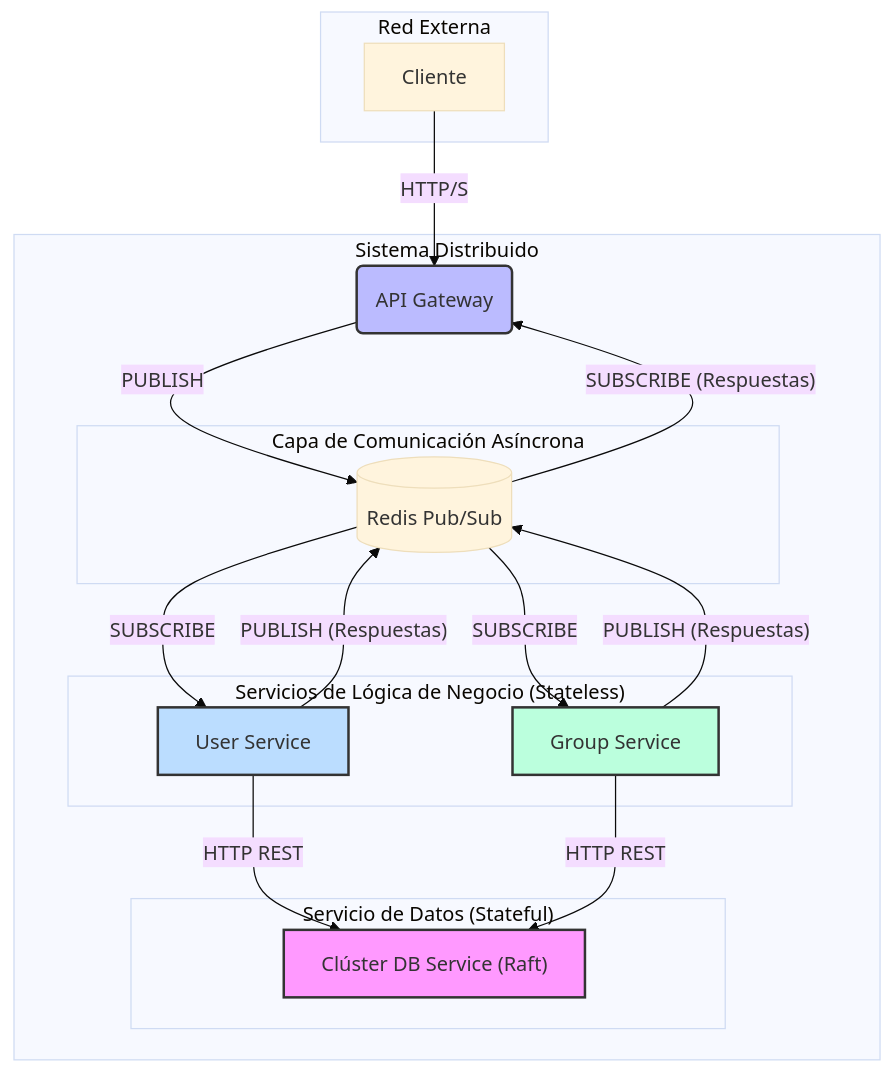
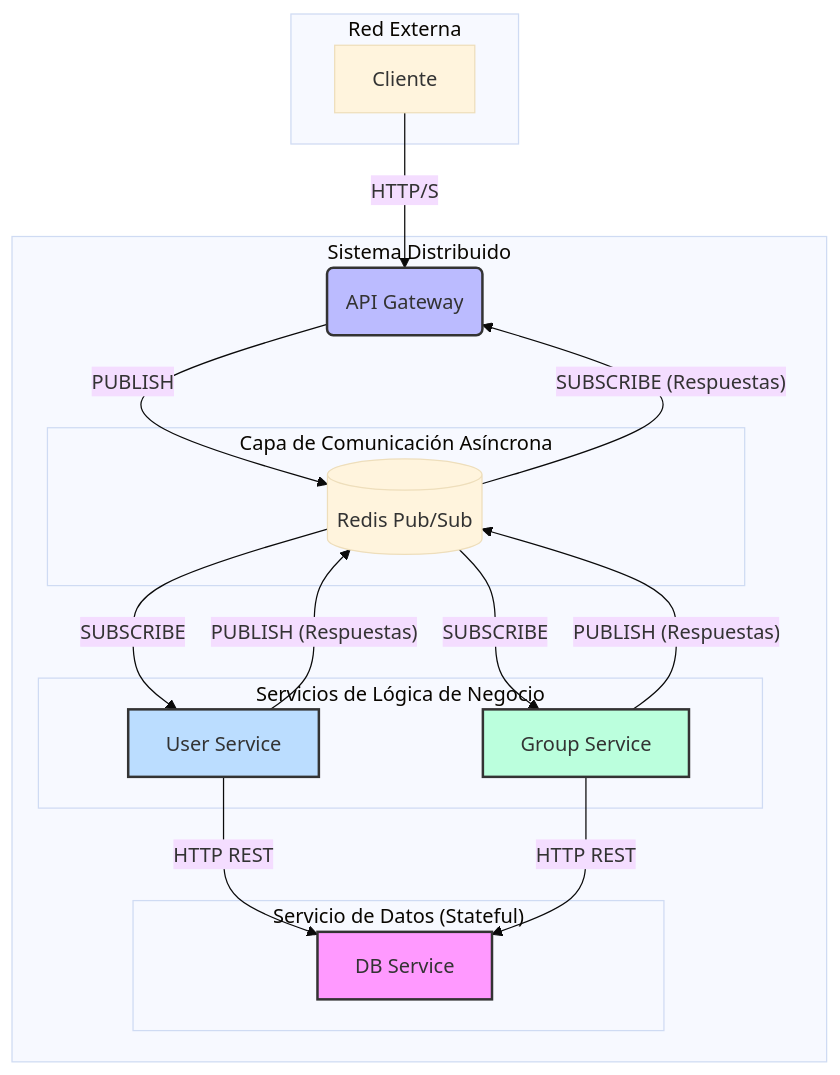
The diagram in Documents/Informe/imagenes/arquitectura.mmd (gaboCiber/Agenda_Distribuida), drawn with Mermaid before and after one commit. The commit also changed 3 other files, not shown here.

```diff
--- a/Documents/Informe/imagenes/arquitectura.mmd
+++ b/Documents/Informe/imagenes/arquitectura.mmd
@@ -1,40 +1,40 @@
 %%{init: {'theme': 'base', 'themeVariables': { 'background': '#f5f5f5' }}}%%
 graph TD
     subgraph "Red Externa"
         Client[Cliente]
     end
 
     subgraph "Sistema Distribuido"
         API_GW("API Gateway")
         
-        subgraph "Servicios de Lógica de Negocio (Stateless)"
+        subgraph "Servicios de Lógica de Negocio"
             US[User Service]
             GS[Group Service]
         end
         
         subgraph "Servicio de Datos (Stateful)"
-            DB_Cluster["Clúster DB Service (Raft)"]
+            DB_Cluster["DB Service"]
         end
 
         subgraph "Capa de Comunicación Asíncrona"
             Redis[(Redis Pub/Sub)]
         end
     end
 
     Client -- HTTP/S --> API_GW
     
     API_GW -- PUBLISH --> Redis
     Redis -- SUBSCRIBE --> US
     Redis -- SUBSCRIBE --> GS
     
     US -- HTTP REST --> DB_Cluster
     GS -- HTTP REST --> DB_Cluster
 
     US -- PUBLISH (Respuestas) --> Redis
     GS -- PUBLISH (Respuestas) --> Redis
     Redis -- SUBSCRIBE (Respuestas) --> API_GW
 
     style US fill:#bdf,stroke:#333,stroke-width:2px
     style GS fill:#bfd,stroke:#333,stroke-width:2px
     style API_GW fill:#bbf,stroke:#333,stroke-width:2px
     style DB_Cluster fill:#f9f,stroke:#333,stroke-width:2px
```
